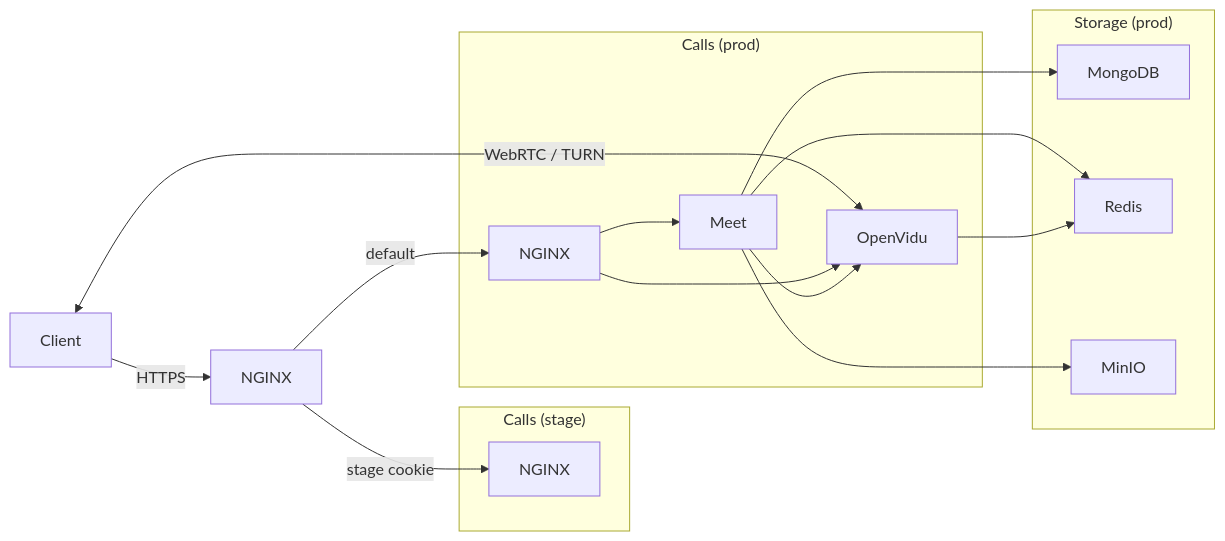
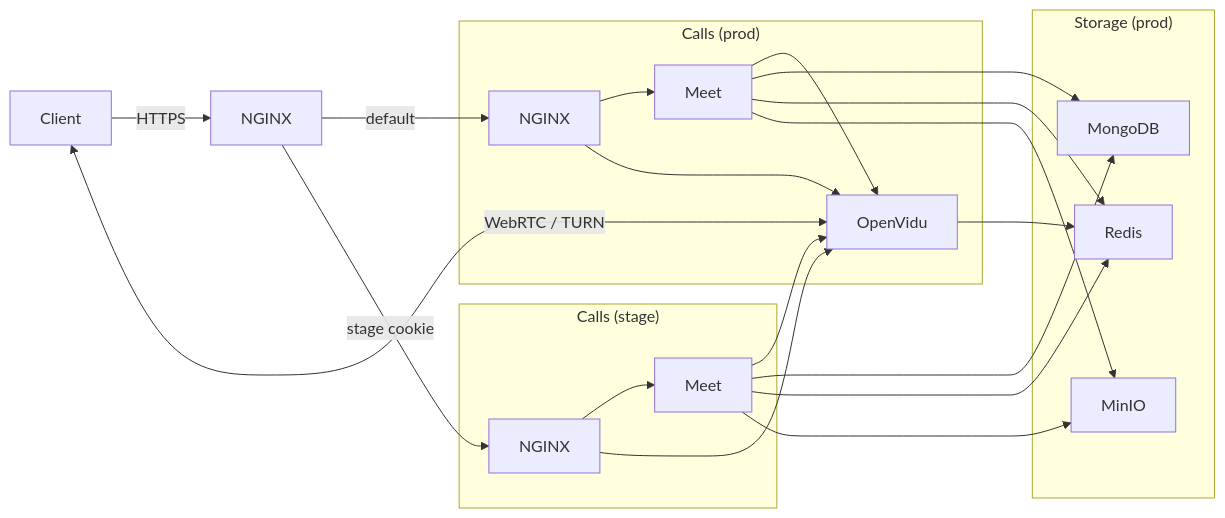
Before and after one commit to dwspurpleteam/deployer: the diagram in README.md, drawn with Mermaid. The commit also changed 6 other files, not shown here.

````diff
--- a/README.md
+++ b/README.md
@@ -12,28 +12,33 @@
 ```mermaid
 flowchart LR
   browser[Client] -->|HTTPS| ingress[NGINX]
   ingress -->|default| proxy
   ingress -->|stage cookie| stage
   browser <-->|WebRTC / TURN| openvidu
 
   subgraph calls_stage["Calls (stage)"]
-    stage[NGINX]
+    stage[NGINX] --> stage_meet[Meet]
   end
 
   subgraph calls_prod["Calls (prod)"]
     proxy["NGINX"] --> meet[Meet]
     proxy --> openvidu[OpenVidu]
     meet --> openvidu
   end
 
   subgraph storage["Storage (prod)"]
     mongodb[MongoDB]
     redis[Redis]
     minio[MinIO]
   end
 
   meet --> mongodb
   meet --> redis
   meet --> minio
+  stage --> openvidu
+  stage_meet --> openvidu
+  stage_meet --> mongodb
+  stage_meet --> redis
+  stage_meet --> minio
   openvidu --> redis
 ```
````
